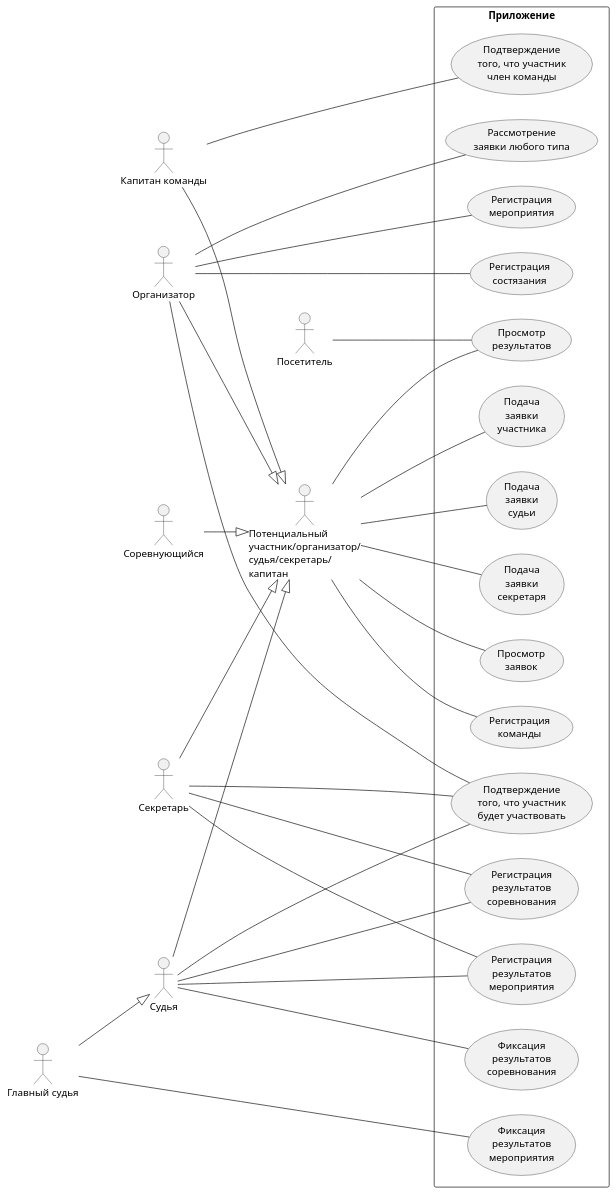
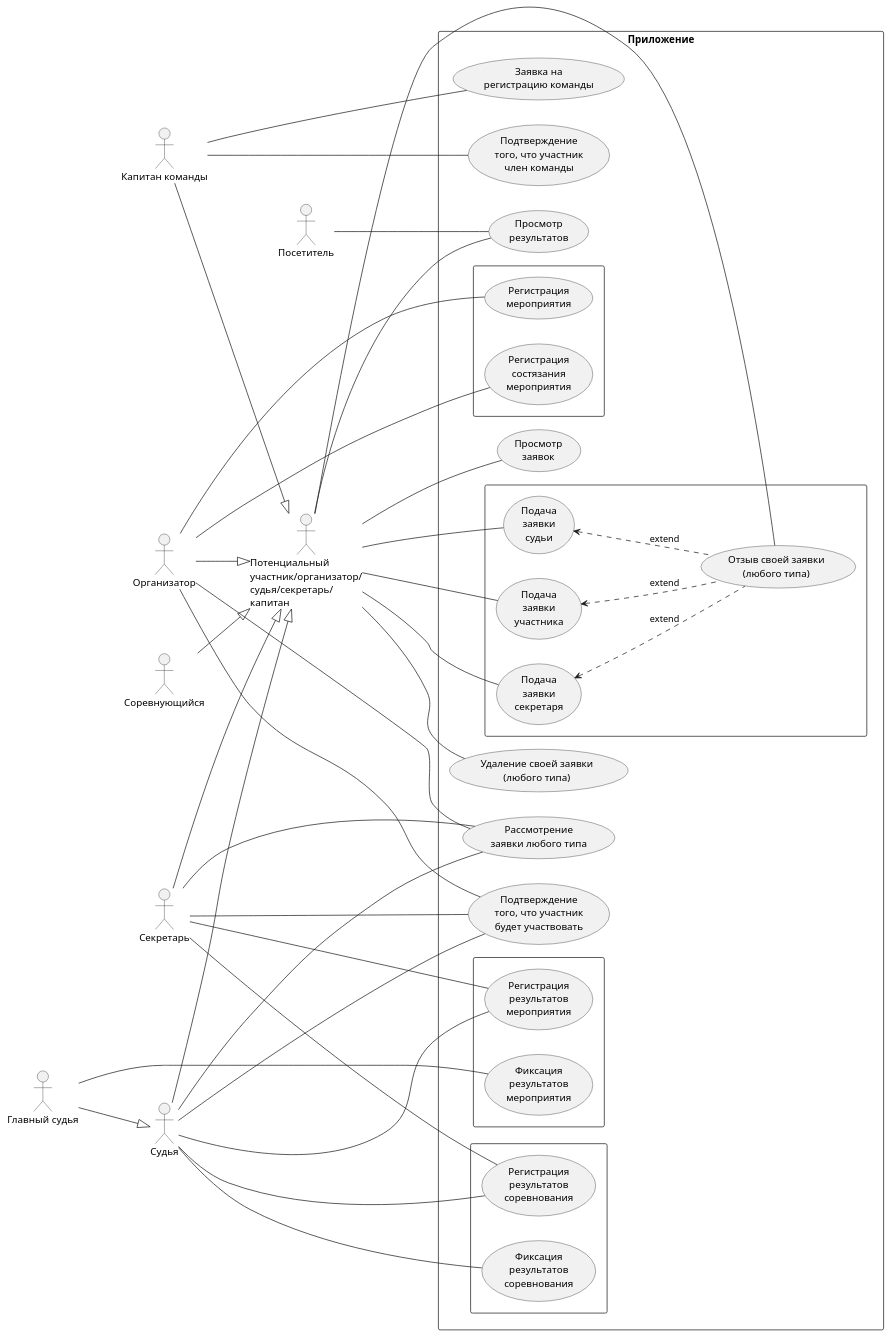
One commit to NadinMalish/SportCompetition changed the diagram in Docs/UC_inner.pu. Above: the diagram before and after it, drawn with PlantUML. The commit also changed 8 other files, not shown here.

Commit message:
Documentation v0.8: откорректировал ФТ и диаграммы по результатам созвона от 29.03.2025

```diff
--- a/Docs/UC_inner.pu
+++ b/Docs/UC_inner.pu
@@ -1,74 +1,94 @@
 @startuml
 left to right direction
 
 actor anyone as "Посетитель"
 
 actor potent as "Потенциальный\nучастник/организатор/\nсудья/секретарь/\nкапитан"
 actor capitan as "Капитан команды"
 
 actor organizer as "Организатор"
 actor participant as "Соревнующийся"
 actor secretary as "Секретарь"
 actor judge as "Судья"
 actor mainJudge as "Главный судья"
 
 rectangle Приложение {
-    usecase regEvent as "Регистрация\nмероприятия"
-    usecase regCompetition as "Регистрация\nсостязания"
-    usecase regTeam as "Регистрация\nкоманды"
+	rectangle {
+		usecase regEvent as "Регистрация\nмероприятия"
+		usecase regCompetition as "Регистрация\nсостязания\nмероприятия"
+	}
+    
+	usecase requestTeam as "Заявка на\nрегистрацию команды"
 
-    usecase sendParticipantRequest as "Подача\nзаявки\nучастника"
-    usecase sendJudgeRequest as "Подача\nзаявки\nсудьи"
-    usecase sendSecretaryRequest as "Подача\nзаявки\nсекретаря"
-    usecase considerRequest as "Рассмотрение\nзаявки любого типа"
+	rectangle {
+		usecase sendParticipantRequest as "Подача\nзаявки\nучастника"
+		usecase sendJudgeRequest as "Подача\nзаявки\nсудьи"
+		usecase sendSecretaryRequest as "Подача\nзаявки\nсекретаря"
+		usecase withdrawRequest as "Отзыв своей заявки\n(любого типа)"
+	}
+	usecase deleteRequest as "Удаление своей заявки\n(любого типа)"
 
+	usecase considerRequest as "Рассмотрение\nзаявки любого типа"
     usecase comandParticipantConfirmation as "Подтверждение\nтого, что участник\nчлен команды"
     usecase actualParticipantConfirmation as "Подтверждение\nтого, что участник\nбудет участвовать"
 
-    usecase regCompetitionResult as "Регистрация\nрезультатов\nсоревнования"
-    usecase fixCompetitionResult as "Фиксация\nрезультатов\nсоревнования"
+	rectangle {
+		usecase regCompetitionResult as "Регистрация\nрезультатов\nсоревнования"
+		usecase fixCompetitionResult as "Фиксация\nрезультатов\nсоревнования"
+	}
 
-    usecase regEventResult as "Регистрация\nрезультатов\nмероприятия"
-    usecase fixEventResult as "Фиксация\nрезультатов\nмероприятия"
+	rectangle {
+		usecase regEventResult as "Регистрация\nрезультатов\nмероприятия"
+		usecase fixEventResult as "Фиксация\nрезультатов\nмероприятия"
+	}
 
     usecase lookRequest as "Просмотр\nзаявок"
     usecase lookResult as "Просмотр\nрезультатов"
 }
 
 capitan --|> potent
 organizer --|> potent
 participant --|> potent
 secretary --|> potent
 judge --|> potent
 
 mainJudge --|> judge
 
 organizer --- regEvent
 organizer --- regCompetition
-organizer --- considerRequest
+
 
 potent --- sendParticipantRequest
 potent --- sendJudgeRequest
 potent --- sendSecretaryRequest
+potent --- withdrawRequest
+potent --- deleteRequest
 potent --- lookRequest
 potent --- lookResult
-potent --- regTeam
+
+withdrawRequest .up.> sendParticipantRequest : extend
+withdrawRequest .up.> sendJudgeRequest : extend
+withdrawRequest .up.> sendSecretaryRequest : extend
 
 capitan --- comandParticipantConfirmation
+capitan --- requestTeam
 
 organizer --- actualParticipantConfirmation
 judge --- actualParticipantConfirmation
 secretary --- actualParticipantConfirmation
 
+organizer --- considerRequest
+judge --- considerRequest
+secretary --- considerRequest
 
 secretary --- regCompetitionResult
 judge --- regCompetitionResult
 judge --- fixCompetitionResult
 
 secretary --- regEventResult
 judge --- regEventResult
 mainJudge --- fixEventResult
 
 anyone --- lookResult
 
 @enduml
```
